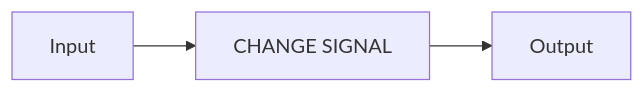
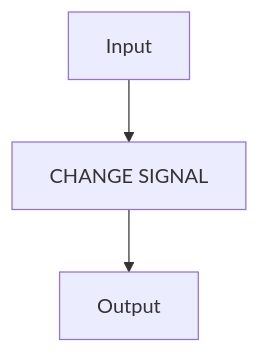
The seventh of 19 diagrams in Logic.md (chokes-Web-Repositories/Wubby-WikiJS), drawn with Mermaid before and after one commit. The commit also changed other lines of this file, not shown here.

````diff
--- a/Logic.md
+++ b/Logic.md
@@ -212,4 +212,4 @@
 ```mermaid
-graph LR
+graph TD
 	Input --> gate1[CHANGE SIGNAL] --> Output
 ```
````
